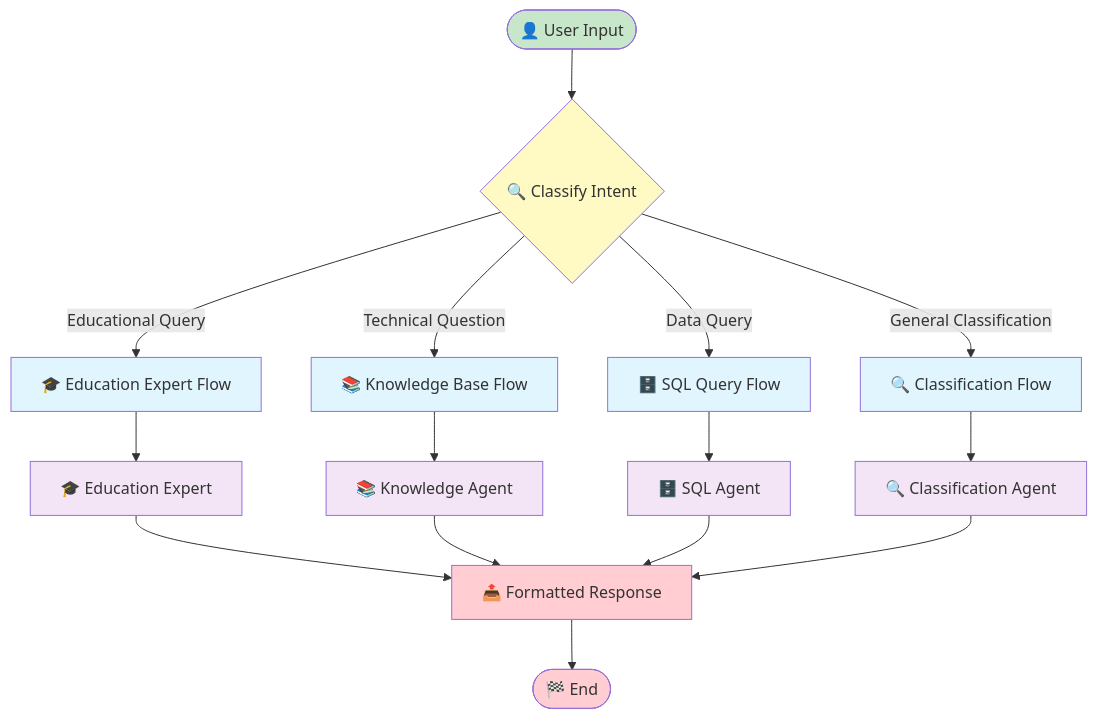
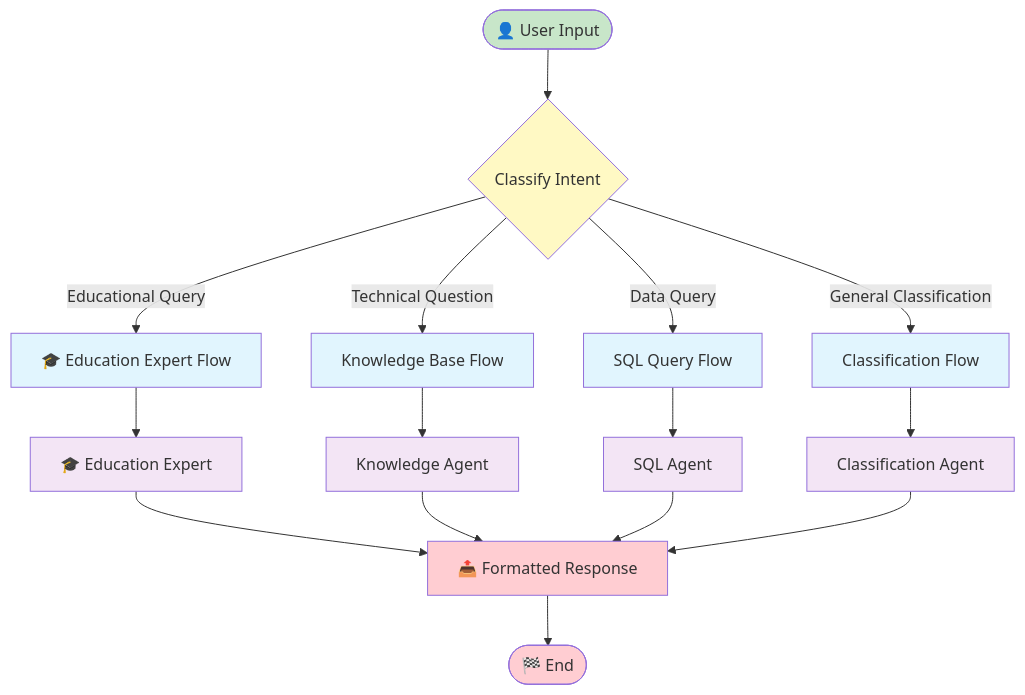
One commit to the-ingenious-dark-knight/Insight_Ingenious changed the third of 10 diagrams in docs/workflows/README.md. Above: the diagram before and after it, drawn with Mermaid. The commit also changed other lines of this file and 23 other files, not shown here.

````diff
--- a/docs/workflows/README.md
+++ b/docs/workflows/README.md
@@ -128,33 +128,33 @@
 ```mermaid
 flowchart TD
-    START([👤 User Input]) --> CLASSIFY{🔍 Classify Intent}
+    START([👤 User Input]) --> CLASSIFY{ Classify Intent}
 
     CLASSIFY -->|Educational Query| EDUCATION_FLOW[🎓 Education Expert Flow]
-    CLASSIFY -->|Technical Question| KNOWLEDGE_FLOW[📚 Knowledge Base Flow]
-    CLASSIFY -->|Data Query| SQL_FLOW[🗄️ SQL Query Flow]
-    CLASSIFY -->|General Classification| CLASSIFICATION_FLOW[🔍 Classification Flow]
+    CLASSIFY -->|Technical Question| KNOWLEDGE_FLOW[ Knowledge Base Flow]
+    CLASSIFY -->|Data Query| SQL_FLOW[ SQL Query Flow]
+    CLASSIFY -->|General Classification| CLASSIFICATION_FLOW[ Classification Flow]
 
     EDUCATION_FLOW --> EDUCATION_AGENT[🎓 Education Expert]
-    KNOWLEDGE_FLOW --> KNOWLEDGE_AGENT[📚 Knowledge Agent]
-    SQL_FLOW --> SQL_AGENT[🗄️ SQL Agent]
-    CLASSIFICATION_FLOW --> CLASSIFICATION_AGENT[🔍 Classification Agent]
+    KNOWLEDGE_FLOW --> KNOWLEDGE_AGENT[ Knowledge Agent]
+    SQL_FLOW --> SQL_AGENT[ SQL Agent]
+    CLASSIFICATION_FLOW --> CLASSIFICATION_AGENT[ Classification Agent]
 
     EDUCATION_AGENT --> RESPONSE[📤 Formatted Response]
     KNOWLEDGE_AGENT --> RESPONSE
     SQL_AGENT --> RESPONSE
     CLASSIFICATION_AGENT --> RESPONSE
 
     RESPONSE --> FINISH([🏁 End])
 
     classDef start fill:#c8e6c9
     classDef decision fill:#fff9c4
     classDef workflow fill:#e1f5fe
     classDef agent fill:#f3e5f5
     classDef finish fill:#ffcdd2
 
     class START start
     class CLASSIFY decision
     class EDUCATION_FLOW,KNOWLEDGE_FLOW,SQL_FLOW,CLASSIFICATION_FLOW workflow
     class EDUCATION_AGENT,KNOWLEDGE_AGENT,SQL_AGENT,CLASSIFICATION_AGENT agent
     class RESPONSE,FINISH finish
 ```
````
